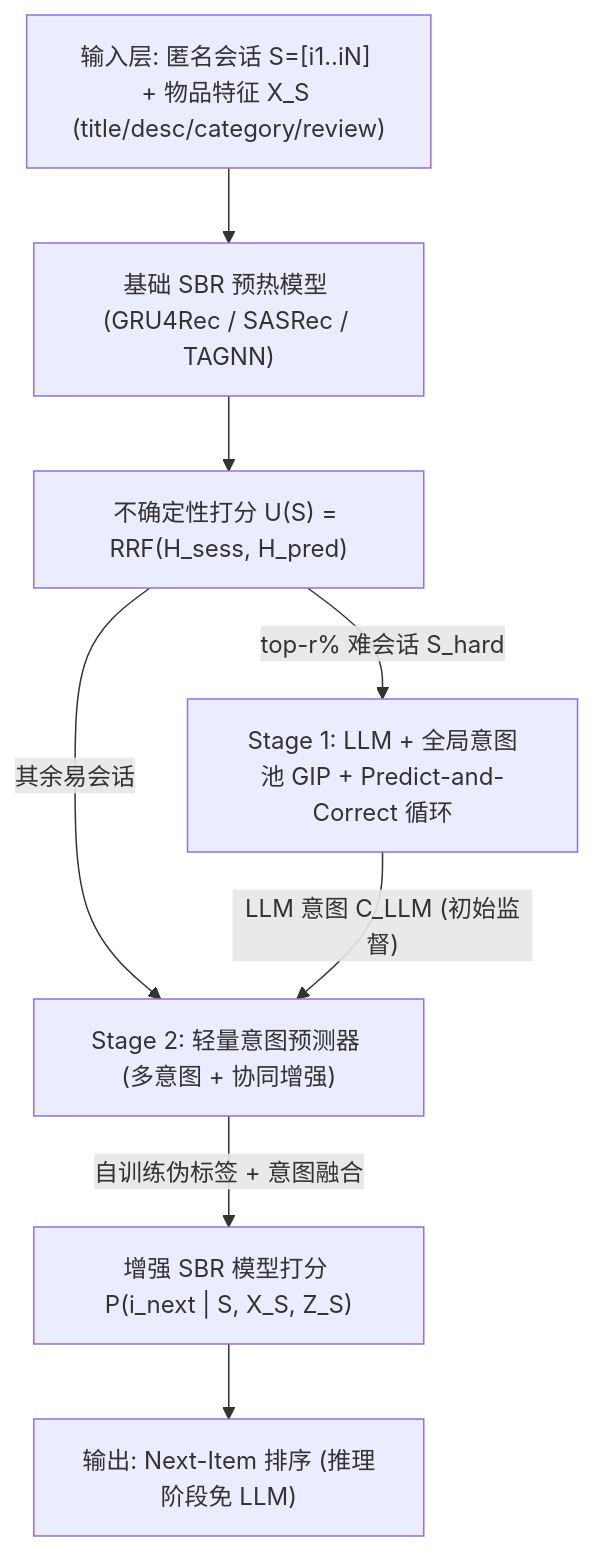
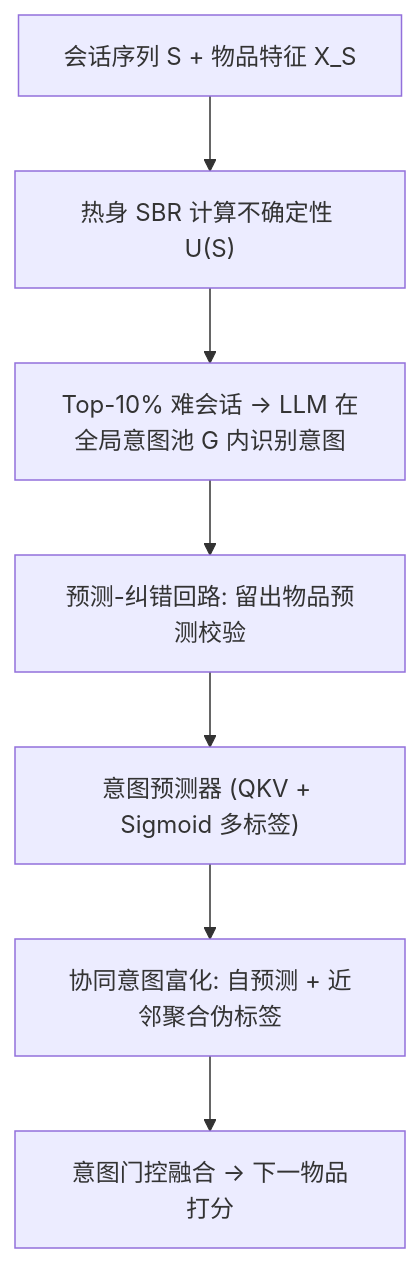
Before and after one commit to jbdcia321vw/Paper-Notes: the diagram in docs/venues/SIGIR/2026/sequential_rec/sprint_scalable_and_predictive_intent_refinement_for_llm_enhanced_session_b.md, drawn with Mermaid. The commit also changed other lines of this file and 1119 other files, not shown here.

````diff
--- a/docs/venues/SIGIR/2026/sequential_rec/sprint_scalable_and_predictive_intent_refinement_for_llm_enhanced_session_b.md
+++ b/docs/venues/SIGIR/2026/sequential_rec/sprint_scalable_and_predictive_intent_refinement_for_llm_enhanced_session_b.md
@@ -65,10 +47,9 @@
 ```mermaid
 flowchart TD
-    A["输入层: 匿名会话 S=[i1..iN] + 物品特征 X_S (title/desc/category/review)"] --> B["基础 SBR 预热模型 (GRU4Rec / SASRec / TAGNN)"]
-    B --> C["不确定性打分 U(S) = RRF(H_sess, H_pred)"]
-    C -->|"top-r% 难会话 S_hard"| D["Stage 1: LLM + 全局意图池 GIP + Predict-and-Correct 循环"]
-    C -->|"其余易会话"| G["Stage 2: 轻量意图预测器 (多意图 + 协同增强)"]
-    D -->|"LLM 意图 C_LLM (初始监督)"| G
-    G -->|"自训练伪标签 + 意图融合"| E["增强 SBR 模型打分 P(i_next | S, X_S, Z_S)"]
-    E --> F["输出: Next-Item 排序 (推理阶段免 LLM)"]
+    A["会话序列 S + 物品特征 X_S"] --> B["热身 SBR 计算不确定性 U(S)"]
+    B --> C["Top-10% 难会话 → LLM 在全局意图池 G 内识别意图"]
+    C --> D["预测-纠错回路: 留出物品预测校验"]
+    D --> E["意图预测器 (QKV + Sigmoid 多标签)"]
+    E --> F["协同意图富化: 自预测 + 近邻聚合伪标签"]
+    F --> G["意图门控融合 → 下一物品打分"]
 ```
````
